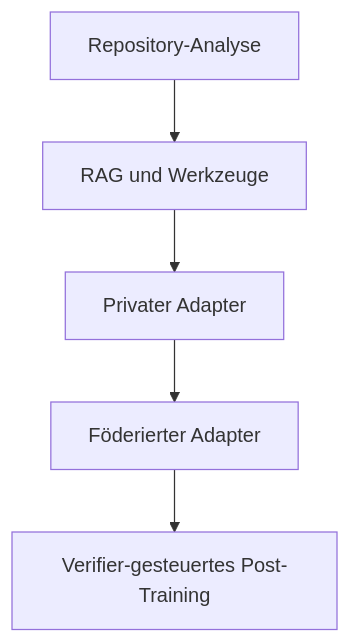
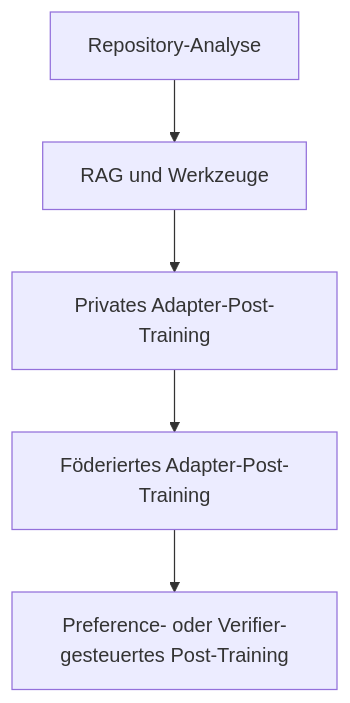
The second of 2 diagrams in de/README.md (ofunk-nvidia/FederatedCoding), drawn with Mermaid before and after one commit. The commit also changed other lines of this file and 15 other files, not shown here.

First line of the commit message:
Document post-training boundaries and estate sizing

````diff
--- a/de/README.md
+++ b/de/README.md
@@ -53,7 +53,7 @@
 ```mermaid
 flowchart TD
     A["Repository-Analyse"] --> B["RAG und Werkzeuge"]
-    B --> C["Privater Adapter"]
-    C --> D["Föderierter Adapter"]
-    D --> E["Verifier-gesteuertes Post-Training"]
+    B --> C["Privates Adapter-Post-Training"]
+    C --> D["Föderiertes Adapter-Post-Training"]
+    D --> E["Preference- oder Verifier-gesteuertes Post-Training"]
 ```
````
